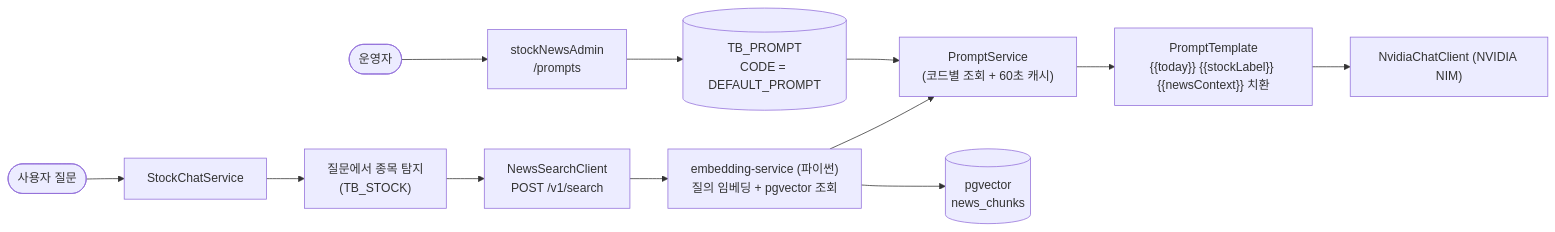
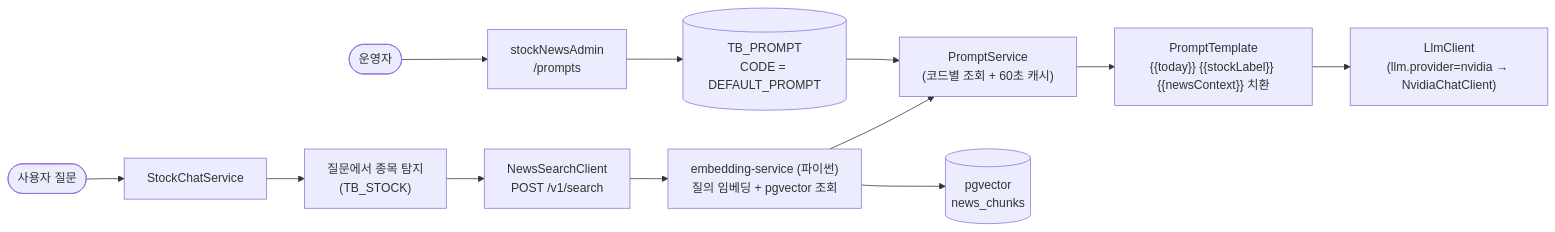
The third of 3 diagrams in README.md (kimjiseung97/stockNews), drawn with Mermaid before and after one commit. The commit also changed other lines of this file and 23 other files, not shown here.

First line of the commit message:
feat: 챗봇 LLM 호출을 LlmClient 인터페이스로 추상화하고 Claude/GPT 구현체 추가

````diff
--- a/README.md
+++ b/README.md
@@ -72,14 +72,14 @@
 ```mermaid
 flowchart LR
     Admin(["운영자"]) --> AdminApp["stockNewsAdmin<br/>/prompts"]
     AdminApp --> PromptTable[("TB_PROMPT<br/>CODE = DEFAULT_PROMPT")]
     Question(["사용자 질문"]) --> ChatSvc["StockChatService"]
     PromptTable --> PromptSvc["PromptService<br/>(코드별 조회 + 60초 캐시)"]
     ChatSvc --> StockLookup["질문에서 종목 탐지<br/>(TB_STOCK)"]
     StockLookup --> SearchSvc["NewsSearchClient<br/>POST /v1/search"]
     SearchSvc --> EmbedSvc["embedding-service (파이썬)<br/>질의 임베딩 + pgvector 조회"]
     EmbedSvc --> PgVector[("pgvector<br/>news_chunks")]
     EmbedSvc --> PromptSvc
     PromptSvc --> Template["PromptTemplate<br/>{{today}} {{stockLabel}} {{newsContext}} 치환"]
-    Template --> LLM["NvidiaChatClient (NVIDIA NIM)"]
+    Template --> LLM["LlmClient<br/>(llm.provider=nvidia → NvidiaChatClient)"]
 ```
````
